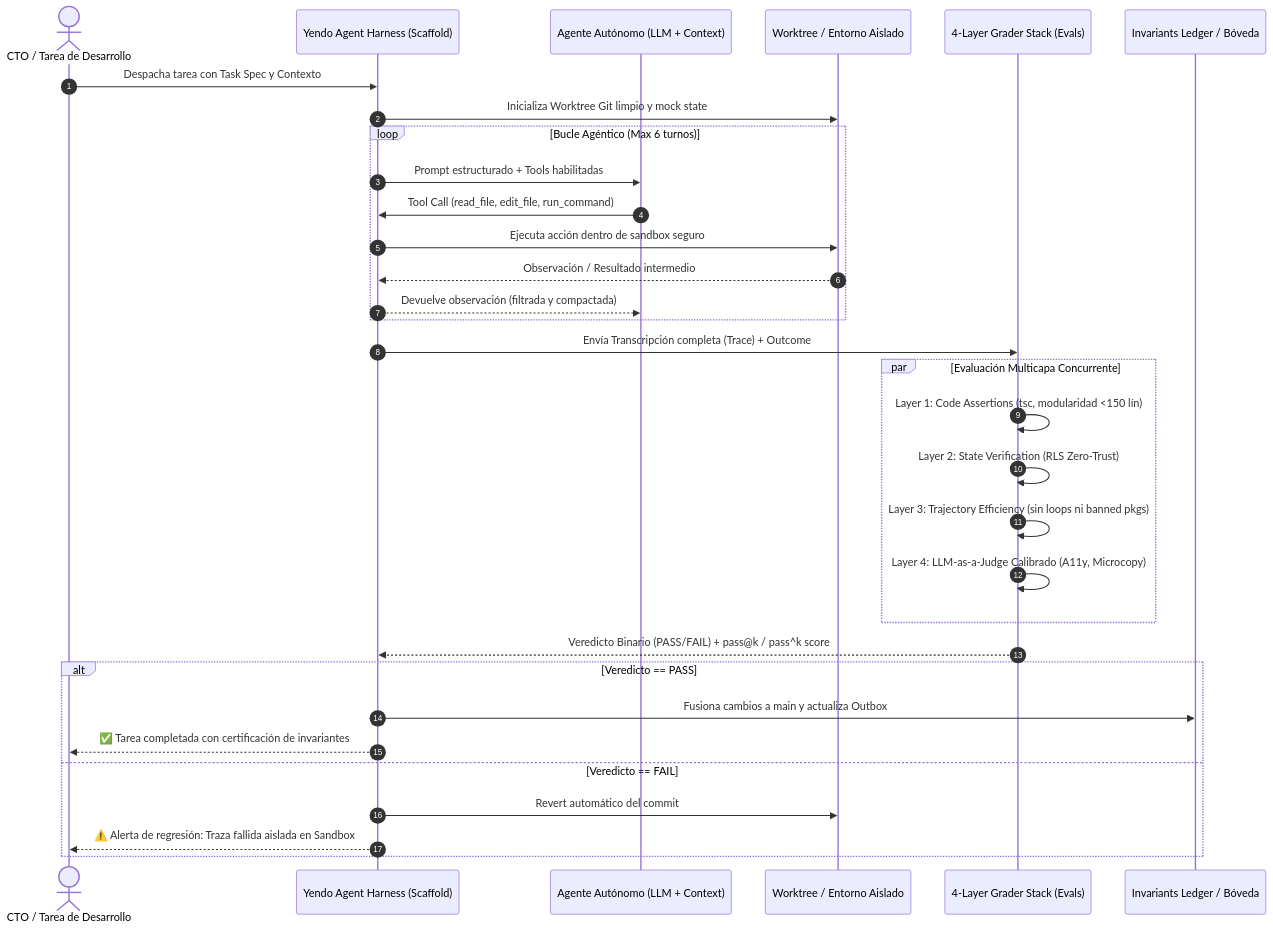
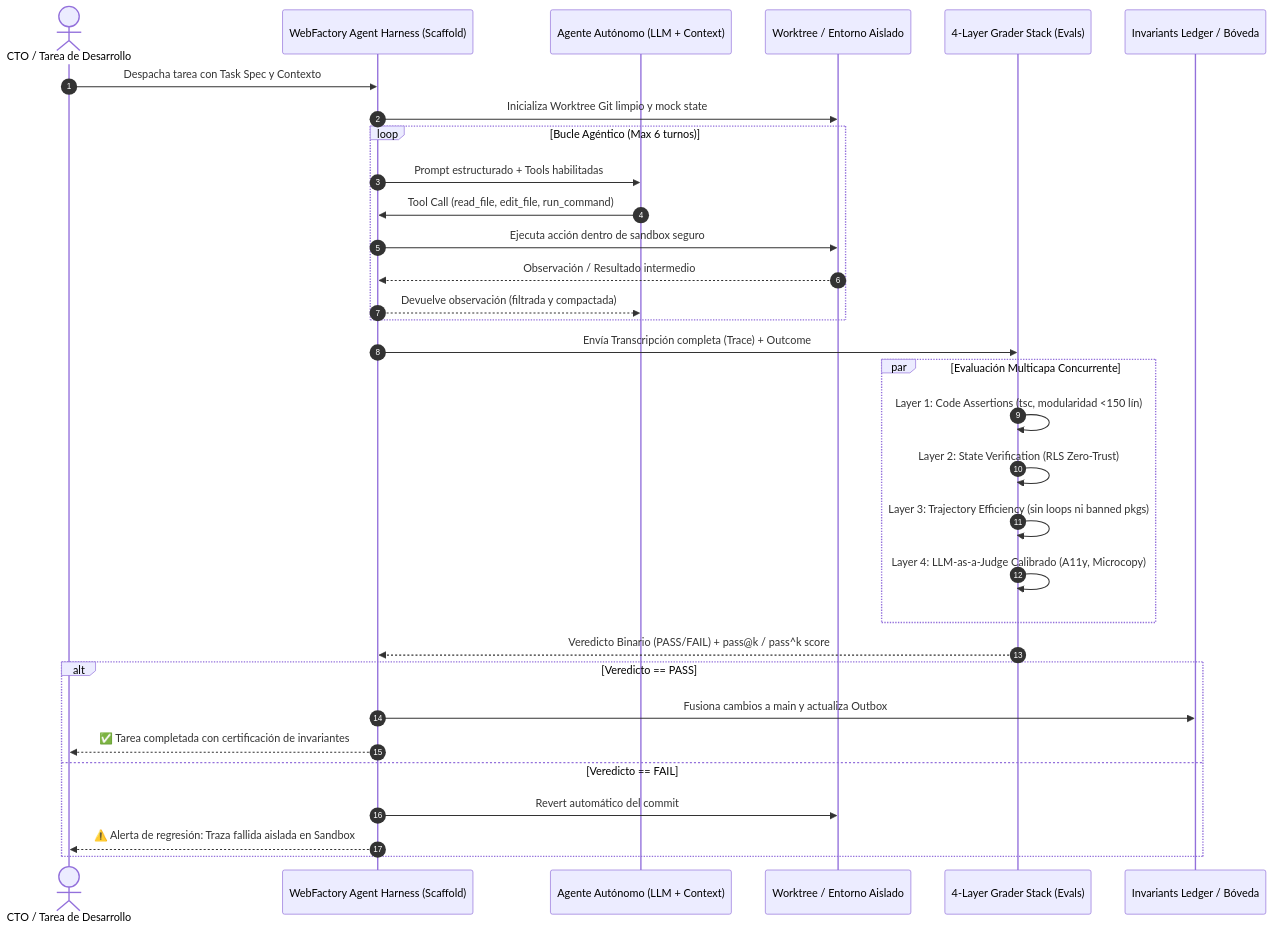
The diagram in knowledge/architecture_and_books/MASTERCLASS_HARNESS_ENGINEERING_AND_AGENT_EVALS_2026.md (thunderalbatros/web-software-factory), drawn with Mermaid before and after one commit. The commit also changed other lines of this file and 366 other files, not shown here.

Commit message:
feat(factory): complete SOTA 2026 Web Software Factory v2.2.0, O(1) Omni-RAG v5.2, W3C DTCG compiler, and 6-ring agentic harness

````diff
--- a/knowledge/architecture_and_books/MASTERCLASS_HARNESS_ENGINEERING_AND_AGENT_EVALS_2026.md
+++ b/knowledge/architecture_and_books/MASTERCLASS_HARNESS_ENGINEERING_AND_AGENT_EVALS_2026.md
@@ -26,35 +26,35 @@
 ```mermaid
 sequenceDiagram
     autonumber
     actor CTO as CTO / Tarea de Desarrollo
-    participant Harness as Yendo Agent Harness (Scaffold)
+    participant Harness as WebFactory Agent Harness (Scaffold)
     participant Agent as Agente Autónomo (LLM + Context)
     participant Sandbox as Worktree / Entorno Aislado
     participant Grader as 4-Layer Grader Stack (Evals)
     participant Ledger as Invariants Ledger / Bóveda
 
     CTO->>Harness: Despacha tarea con Task Spec y Contexto
     Harness->>Sandbox: Inicializa Worktree Git limpio y mock state
     loop Bucle Agéntico (Max 6 turnos)
         Harness->>Agent: Prompt estructurado + Tools habilitadas
         Agent->>Harness: Tool Call (read_file, edit_file, run_command)
         Harness->>Sandbox: Ejecuta acción dentro de sandbox seguro
         Sandbox-->>Harness: Observación / Resultado intermedio
         Harness-->>Agent: Devuelve observación (filtrada y compactada)
     end
     Harness->>Grader: Envía Transcripción completa (Trace) + Outcome
     par Evaluación Multicapa Concurrente
         Grader->>Grader: Layer 1: Code Assertions (tsc, modularidad <150 lín)
         Grader->>Grader: Layer 2: State Verification (RLS Zero-Trust)
         Grader->>Grader: Layer 3: Trajectory Efficiency (sin loops ni banned pkgs)
         Grader->>Grader: Layer 4: LLM-as-a-Judge Calibrado (A11y, Microcopy)
     end
     Grader-->>Harness: Veredicto Binario (PASS/FAIL) + pass@k / pass^k score
     alt Veredicto == PASS
         Harness->>Ledger: Fusiona cambios a main y actualiza Outbox
         Harness-->>CTO: ✅ Tarea completada con certificación de invariantes
     else Veredicto == FAIL
         Harness->>Sandbox: Revert automático del commit
         Harness-->>CTO: ⚠️ Alerta de regresión: Traza fallida aislada en Sandbox
     end
 ```
````
